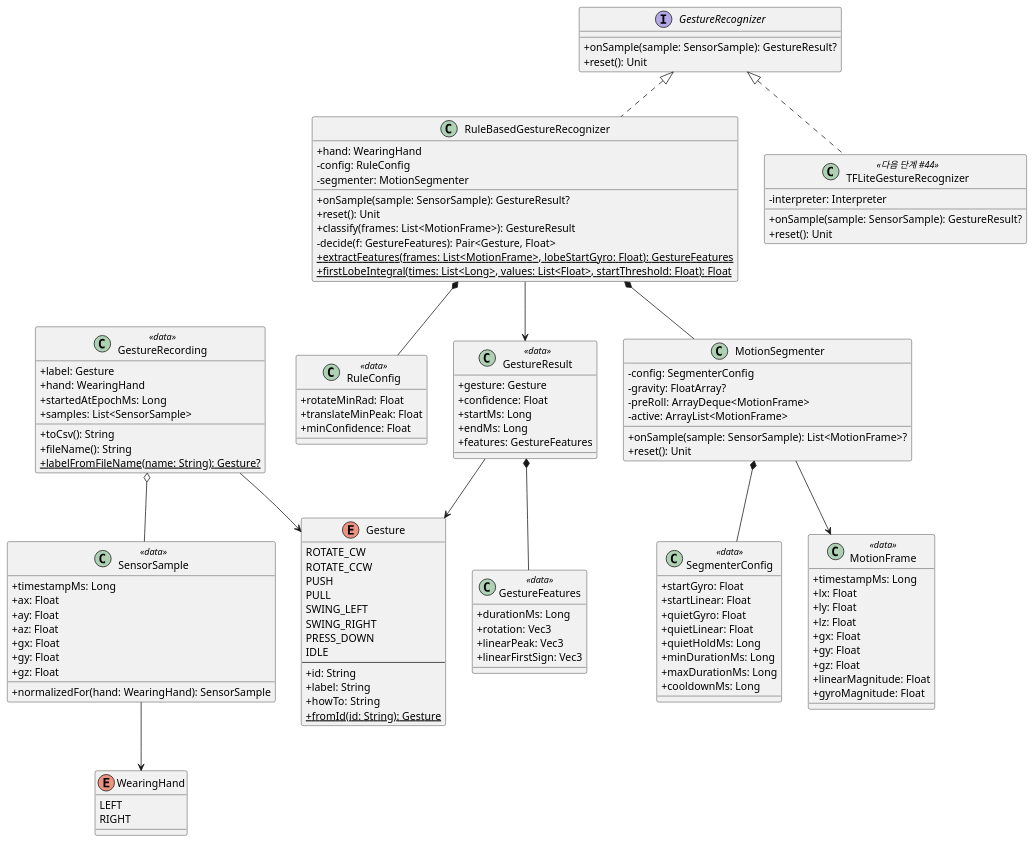
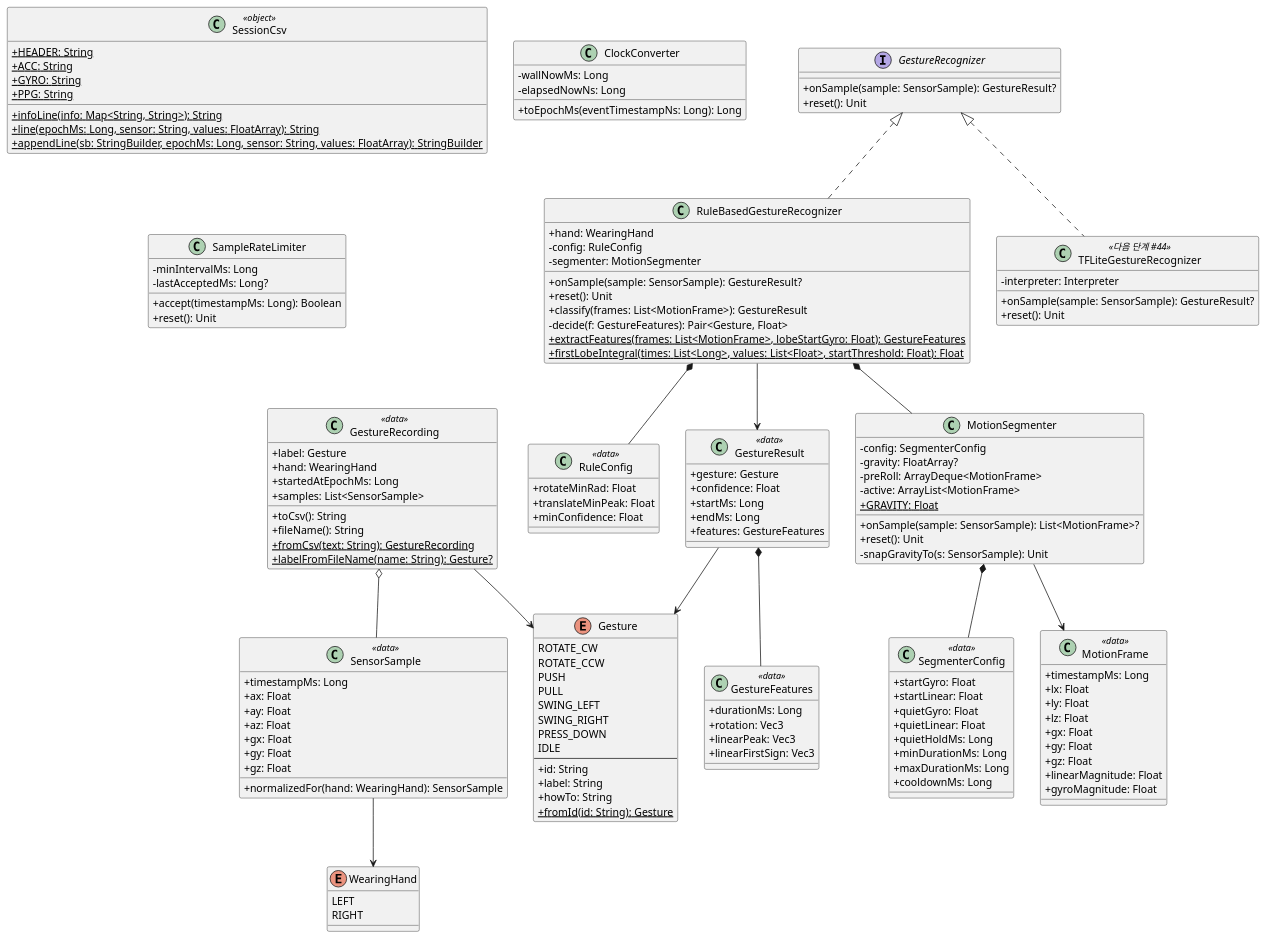
Before and after one commit to W-tch0ut/watchout: the diagram in docs/uml/gesture-recognizer.puml, drawn with PlantUML. The commit also changed 19 other files, not shown here.

```diff
--- a/docs/uml/gesture-recognizer.puml
+++ b/docs/uml/gesture-recognizer.puml
@@ -3,134 +3,160 @@
 @startuml
 skinparam classAttributeIconSize 0
 
 class SensorSample <<data>> {
     + timestampMs: Long
     + ax: Float
     + ay: Float
     + az: Float
     + gx: Float
     + gy: Float
     + gz: Float
     + normalizedFor(hand: WearingHand): SensorSample
 }
 
 enum WearingHand {
     LEFT
     RIGHT
 }
 
 enum Gesture {
     ROTATE_CW
     ROTATE_CCW
     PUSH
     PULL
     SWING_LEFT
     SWING_RIGHT
     PRESS_DOWN
     IDLE
     --
     + id: String
     + label: String
     + howTo: String
     + {static} fromId(id: String): Gesture
 }
 
 interface GestureRecognizer {
     + onSample(sample: SensorSample): GestureResult?
     + reset(): Unit
 }
 
 class RuleBasedGestureRecognizer {
     + hand: WearingHand
     - config: RuleConfig
     - segmenter: MotionSegmenter
     + onSample(sample: SensorSample): GestureResult?
     + reset(): Unit
     + classify(frames: List<MotionFrame>): GestureResult
     - decide(f: GestureFeatures): Pair<Gesture, Float>
     + {static} extractFeatures(frames: List<MotionFrame>, lobeStartGyro: Float): GestureFeatures
     + {static} firstLobeIntegral(times: List<Long>, values: List<Float>, startThreshold: Float): Float
 }
 
 class TFLiteGestureRecognizer <<다음 단계 #44>> {
     - interpreter: Interpreter
     + onSample(sample: SensorSample): GestureResult?
     + reset(): Unit
 }
 
 class MotionSegmenter {
     - config: SegmenterConfig
     - gravity: FloatArray?
     - preRoll: ArrayDeque<MotionFrame>
     - active: ArrayList<MotionFrame>
+    + {static} GRAVITY: Float
     + onSample(sample: SensorSample): List<MotionFrame>?
     + reset(): Unit
+    - snapGravityTo(s: SensorSample): Unit
 }
 
 class MotionFrame <<data>> {
     + timestampMs: Long
     + lx: Float
     + ly: Float
     + lz: Float
     + gx: Float
     + gy: Float
     + gz: Float
     + linearMagnitude: Float
     + gyroMagnitude: Float
 }
 
 class SegmenterConfig <<data>> {
     + startGyro: Float
     + startLinear: Float
     + quietGyro: Float
     + quietLinear: Float
     + quietHoldMs: Long
     + minDurationMs: Long
     + maxDurationMs: Long
     + cooldownMs: Long
 }
 
 class RuleConfig <<data>> {
     + rotateMinRad: Float
     + translateMinPeak: Float
     + minConfidence: Float
 }
 
 class GestureResult <<data>> {
     + gesture: Gesture
     + confidence: Float
     + startMs: Long
     + endMs: Long
     + features: GestureFeatures
 }
 
 class GestureFeatures <<data>> {
     + durationMs: Long
     + rotation: Vec3
     + linearPeak: Vec3
     + linearFirstSign: Vec3
 }
 
 class GestureRecording <<data>> {
     + label: Gesture
     + hand: WearingHand
     + startedAtEpochMs: Long
     + samples: List<SensorSample>
     + toCsv(): String
     + fileName(): String
+    + {static} fromCsv(text: String): GestureRecording
     + {static} labelFromFileName(name: String): Gesture?
+}
+
+class SessionCsv <<object>> {
+    + {static} HEADER: String
+    + {static} ACC: String
+    + {static} GYRO: String
+    + {static} PPG: String
+    + {static} infoLine(info: Map<String, String>): String
+    + {static} line(epochMs: Long, sensor: String, values: FloatArray): String
+    + {static} appendLine(sb: StringBuilder, epochMs: Long, sensor: String, values: FloatArray): StringBuilder
+}
+
+class ClockConverter {
+    - wallNowMs: Long
+    - elapsedNowNs: Long
+    + toEpochMs(eventTimestampNs: Long): Long
+}
+
+class SampleRateLimiter {
+    - minIntervalMs: Long
+    - lastAcceptedMs: Long?
+    + accept(timestampMs: Long): Boolean
+    + reset(): Unit
 }
 
 GestureRecognizer <|.. RuleBasedGestureRecognizer
 GestureRecognizer <|.. TFLiteGestureRecognizer
 RuleBasedGestureRecognizer *-- MotionSegmenter
 RuleBasedGestureRecognizer *-- RuleConfig
 MotionSegmenter *-- SegmenterConfig
 MotionSegmenter --> MotionFrame
 RuleBasedGestureRecognizer --> GestureResult
 GestureResult *-- GestureFeatures
 GestureResult --> Gesture
 SensorSample --> WearingHand
 GestureRecording o-- SensorSample
 GestureRecording --> Gesture
 @enduml
```
